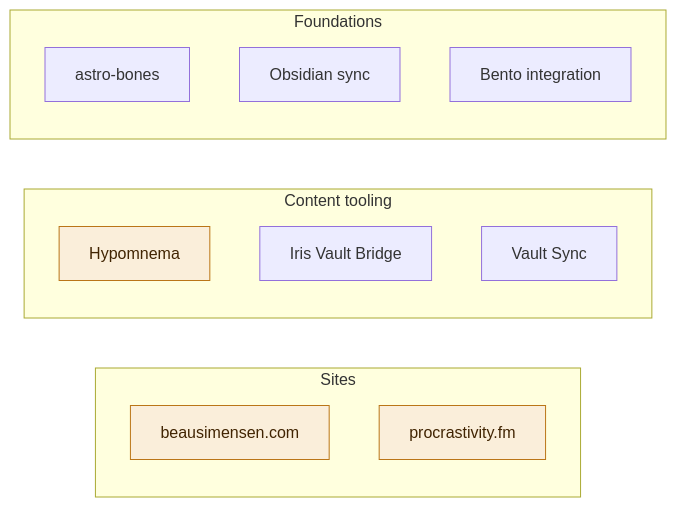
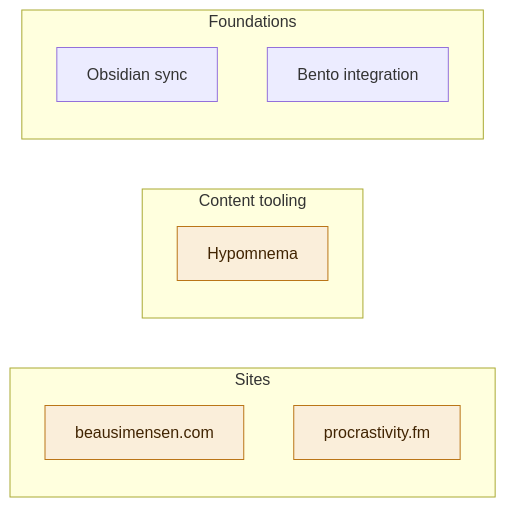
One commit to simensen/beausimensen-com-content changed the diagram in pages/now.md. Above: the diagram before and after it, drawn with Mermaid.

Commit message:
sync 2026-05-26T15:43:54Z

````diff
--- a/pages/now.md
+++ b/pages/now.md
@@ -12,24 +12,21 @@
 ```mermaid
 flowchart LR
     subgraph Sites
         beausimensen[beausimensen.com]
         procrastivity[procrastivity.fm]
     end
 
     subgraph "Content tooling"
         hypomnema[Hypomnema]
-        bridge[Iris Vault Bridge]
-        vsync[Vault Sync]
     end
 
     subgraph Foundations
-        bones[astro-bones]
         sync[Obsidian sync]
         bento[Bento integration]
     end
 
     classDef shipped fill:#EAF3DE,stroke:#639922,color:#173404
     classDef active fill:#FAEEDA,stroke:#BA7517,color:#412402
     class gethmn shipped
     class beausimensen,procrastivity,hypomnema active
 ```
````
